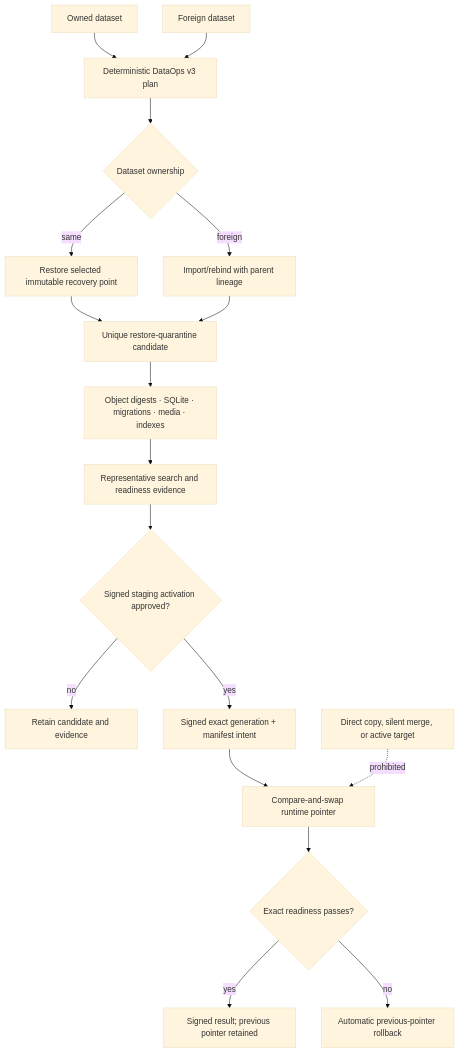
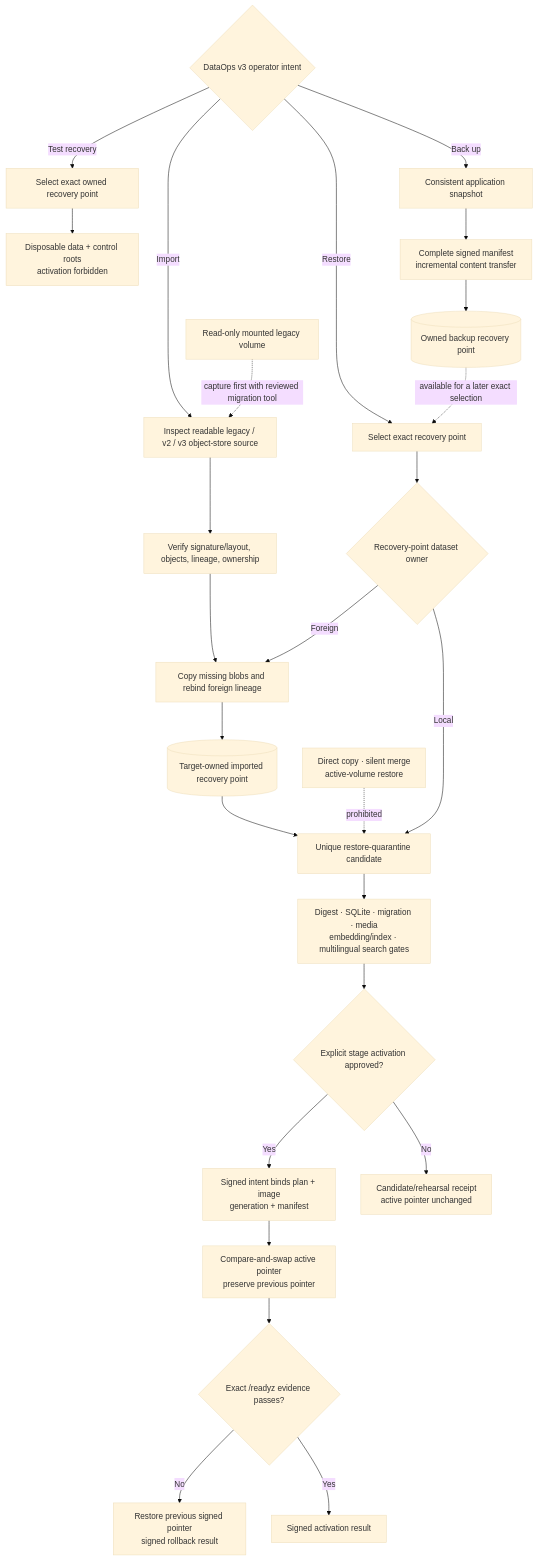
Before and after one commit to Nimble-esolutions/PdfSearch: the diagram in docs/diagrams/data-custody-promotion.mmd, drawn with Mermaid (base theme). The commit also changed 69 other files, not shown here.

First line of the commit message:
Optimize signed-runtime search latency and answer continuity (#192)

```diff
--- a/docs/diagrams/data-custody-promotion.mmd
+++ b/docs/diagrams/data-custody-promotion.mmd
@@ -1,18 +1,32 @@
 flowchart TD
-    local["Owned dataset"] --> plan["Deterministic DataOps v3 plan"]
-    foreign["Foreign dataset"] --> plan
-    plan --> route{"Dataset ownership"}
-    route -- "same" --> restore["Restore selected immutable recovery point"]
-    route -- "foreign" --> rebind["Import/rebind with parent lineage"]
-    restore --> quarantine["Unique restore-quarantine candidate"]
-    rebind --> quarantine
-    quarantine --> verify["Object digests · SQLite · migrations · media · indexes"]
-    verify --> search["Representative search and readiness evidence"]
-    search --> decision{"Signed staging activation approved?"}
-    decision -- "no" --> retain["Retain candidate and evidence"]
-    decision -- "yes" --> intent["Signed exact generation + manifest intent"]
-    intent --> pointer["Compare-and-swap runtime pointer"]
-    pointer --> ready{"Exact readiness passes?"}
-    ready -- "yes" --> receipt["Signed result; previous pointer retained"]
-    ready -- "no" --> rollback["Automatic previous-pointer rollback"]
-    direct["Direct copy, silent merge, or active target"] -. "prohibited" .-> pointer
+    intent{"DataOps v3 operator intent"}
+    intent -->|Back up| snapshot["Consistent application snapshot"]
+    intent -->|Restore| select["Select exact recovery point"]
+    intent -->|Import| inspect["Inspect readable legacy / v2 / v3 object-store source"]
+    intent -->|Test recovery| test_select["Select exact owned recovery point"]
+
+    snapshot --> complete["Complete signed manifest<br/>incremental content transfer"]
+    complete --> backup_point[("Owned backup recovery point")]
+
+    inspect --> verify_source["Verify signature/layout, objects, lineage, ownership"]
+    verify_source --> rebind["Copy missing blobs and rebind foreign lineage"]
+    rebind --> imported_point[("Target-owned imported recovery point")]
+
+    select --> ownership{"Recovery-point dataset owner"}
+    ownership -->|Local| quarantine["Unique restore-quarantine candidate"]
+    ownership -->|Foreign| rebind
+    imported_point --> quarantine
+    backup_point -. "available for a later exact selection" .-> select
+    test_select --> disposable["Disposable data + control roots<br/>activation forbidden"]
+
+    quarantine --> gates["Digest · SQLite · migration · media<br/>embedding/index · multilingual search gates"]
+    gates --> approval{"Explicit stage activation approved?"}
+    approval -->|No| receipt["Candidate/rehearsal receipt<br/>active pointer unchanged"]
+    approval -->|Yes| signed["Signed intent binds plan + image<br/>generation + manifest"]
+    signed --> cas["Compare-and-swap active pointer<br/>preserve previous pointer"]
+    cas --> ready{"Exact /readyz evidence passes?"}
+    ready -->|Yes| result["Signed activation result"]
+    ready -->|No| rollback["Restore previous signed pointer<br/>signed rollback result"]
+
+    prohibited["Direct copy · silent merge<br/>active-volume restore"] -. "prohibited" .-> quarantine
+    mounted["Read-only mounted legacy volume"] -. "capture first with reviewed migration tool" .-> inspect
```
